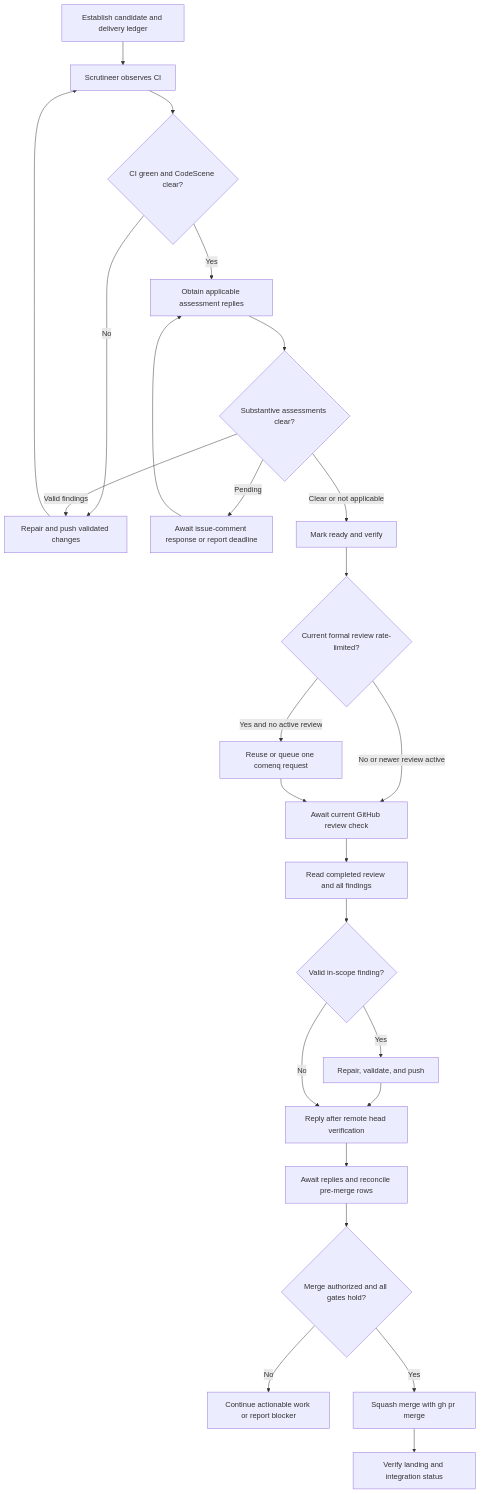
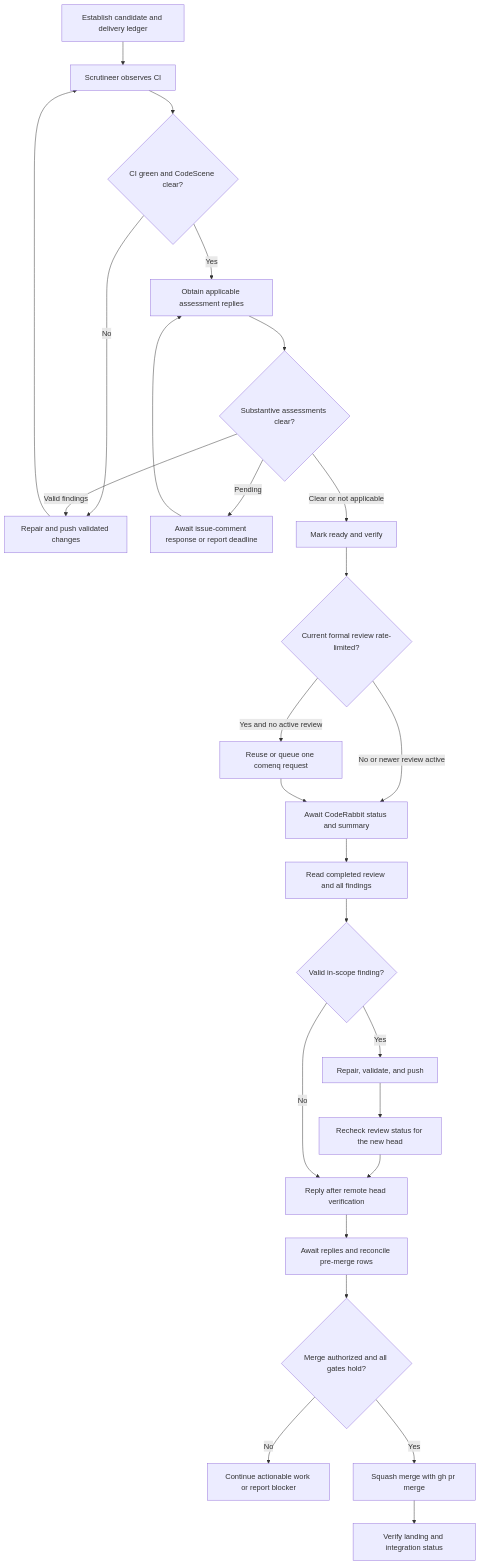
One commit to leynos/agent-helper-scripts changed the fourth of 5 diagrams in docs/users-guide.md. Above: the diagram before and after it, drawn with Mermaid. The commit also changed other lines of this file and 21 other files, not shown here.

````diff
--- a/docs/users-guide.md
+++ b/docs/users-guide.md
@@ -693,27 +779,28 @@
 ```mermaid
 flowchart TD
     A[Establish candidate and delivery ledger] --> B[Scrutineer observes CI]
     B --> C{CI green and CodeScene clear?}
     C -->|No| D[Repair and push validated changes]
     D --> B
     C -->|Yes| P[Obtain applicable assessment replies]
     P --> Q{Substantive assessments clear?}
     Q -->|Pending| W[Await issue-comment response or report deadline]
     W --> P
     Q -->|Valid findings| D
     Q -->|Clear or not applicable| E[Mark ready and verify]
     E --> F{Current formal review rate-limited?}
     F -->|Yes and no active review| U[Reuse or queue one comenq request]
-    F -->|No or newer review active| V[Await current GitHub review check]
+    F -->|No or newer review active| V[Await CodeRabbit status and summary]
     U --> V
     V --> G[Read completed review and all findings]
     G --> H{Valid in-scope finding?}
     H -->|Yes| I[Repair, validate, and push]
-    I --> J[Reply after remote head verification]
+    I --> R[Recheck review status for the new head]
+    R --> J[Reply after remote head verification]
     H -->|No| J
     J --> K[Await replies and reconcile pre-merge rows]
     K --> L{Merge authorized and all gates hold?}
     L -->|No| M[Continue actionable work or report blocker]
     L -->|Yes| N[Squash merge with gh pr merge]
     N --> O[Verify landing and integration status]
 ```
````
